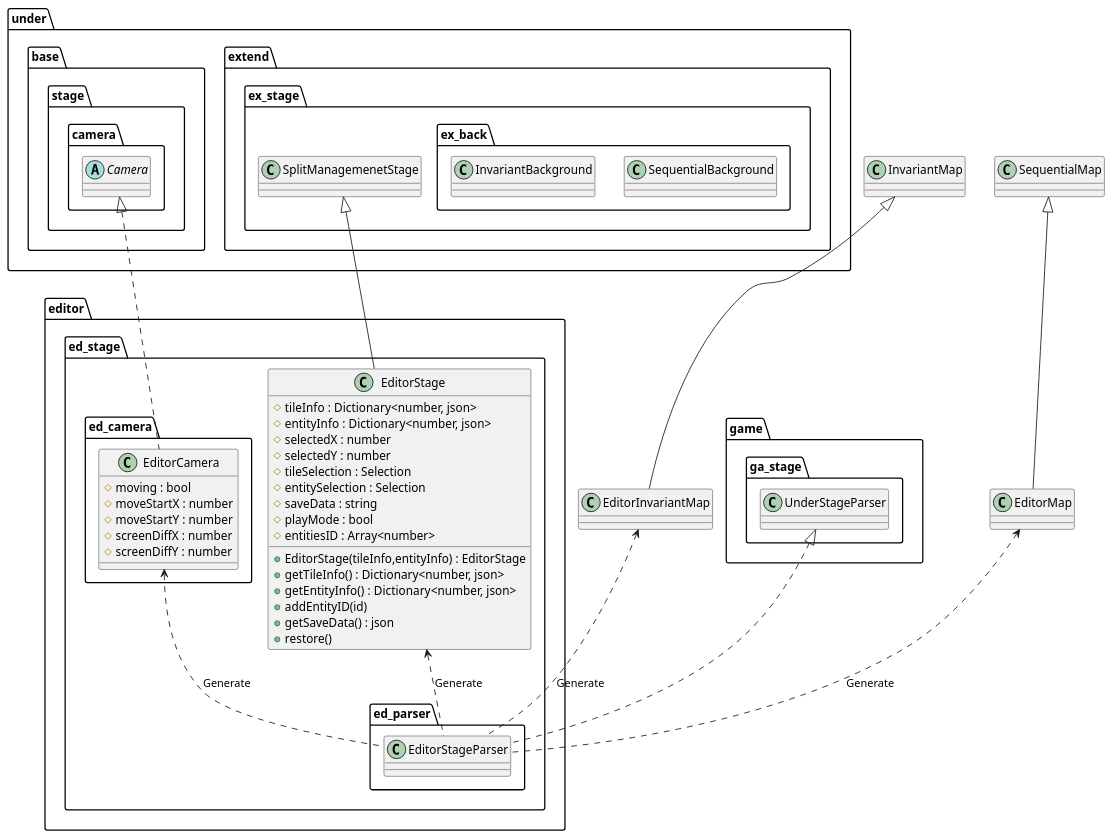
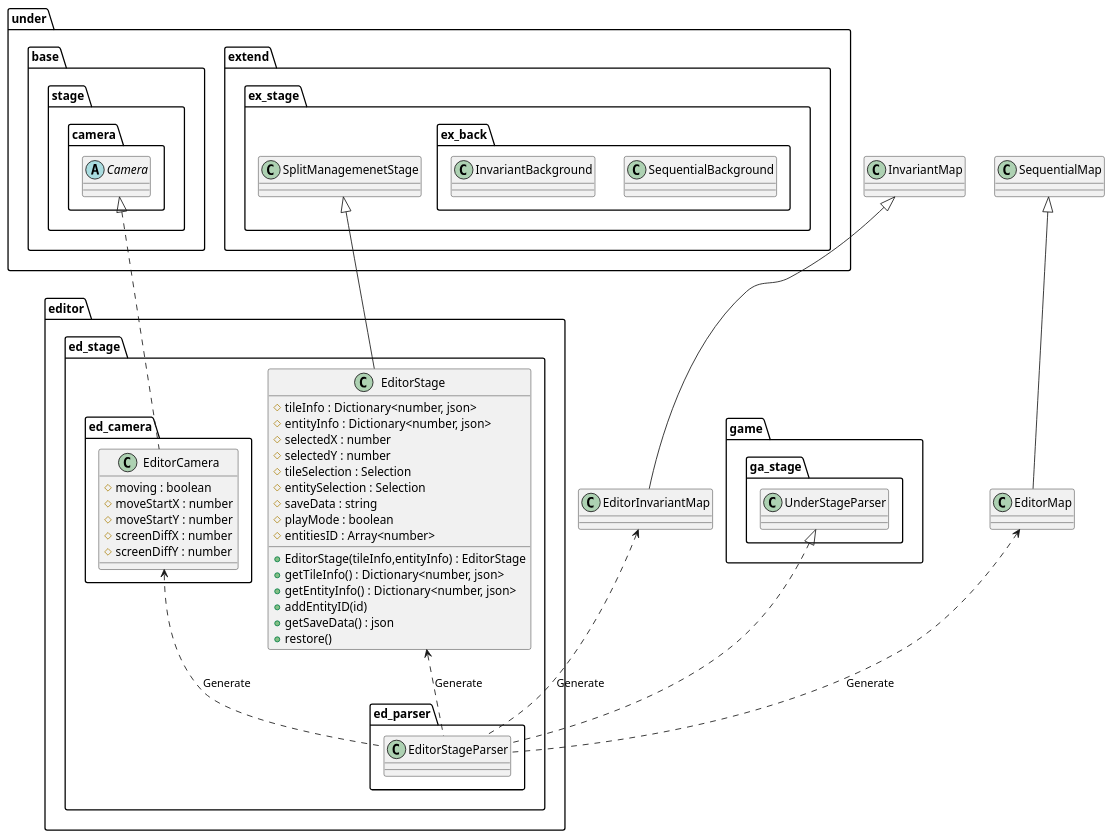
Before and after one commit to Expine/Under: the diagram in uml/editor/Stage.wsd, drawn with PlantUML. The commit also changed 111 other files, not shown here.

Commit message:
Fix entity base uml

```diff
--- a/uml/editor/Stage.wsd
+++ b/uml/editor/Stage.wsd
@@ -1,74 +1,74 @@
 @startuml EditorStage
 
 package editor {
     package ed_stage {
         class EditorStage {
             +EditorStage(tileInfo,entityInfo) : EditorStage
             #tileInfo : Dictionary<number, json>
             #entityInfo : Dictionary<number, json>
             #selectedX : number
             #selectedY : number
             #tileSelection : Selection
             #entitySelection : Selection
             #saveData : string
-            #playMode : bool
+            #playMode : boolean
             #entitiesID : Array<number>
             +getTileInfo() : Dictionary<number, json>
             +getEntityInfo() : Dictionary<number, json>
             +addEntityID(id)
             +getSaveData() : json
             +restore()
         }
 
         package ed_parser {
             class EditorStageParser
         }
         package ed_camera {
             class EditorCamera {
-                #moving : bool
+                #moving : boolean
                 #moveStartX : number
                 #moveStartY : number
                 #screenDiffX : number
                 #screenDiffY : number
             }
         }
     }
 }
 
 package under {
     package base {
         package stage {
             package camera {
                 abstract Camera
             }
         }
     }
     package extend {
         package ex_stage {
             class SplitManagemenetStage
             package ex_back {
                 class SequentialBackground
                 class InvariantBackground
             }
         }
     }
 }
 
 package game {
     package ga_stage {
         class UnderStageParser
     }
 }
 
 EditorStage <.. EditorStageParser : "Generate"
 EditorCamera <.. EditorStageParser : "Generate"
 EditorMap <.. EditorStageParser : "Generate"
 EditorInvariantMap <.. EditorStageParser : "Generate"
 
 Camera <|.. EditorCamera
 UnderStageParser <|.. EditorStageParser
 SplitManagemenetStage <|-- EditorStage
 SequentialMap <|-- EditorMap
 InvariantMap <|-- EditorInvariantMap
 
 @enduml
```
